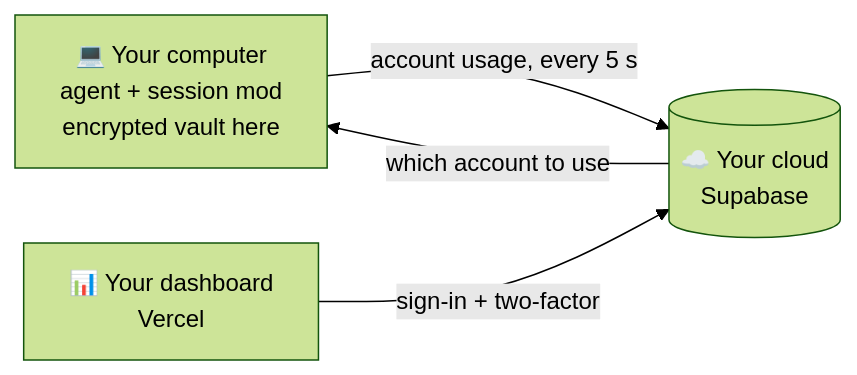
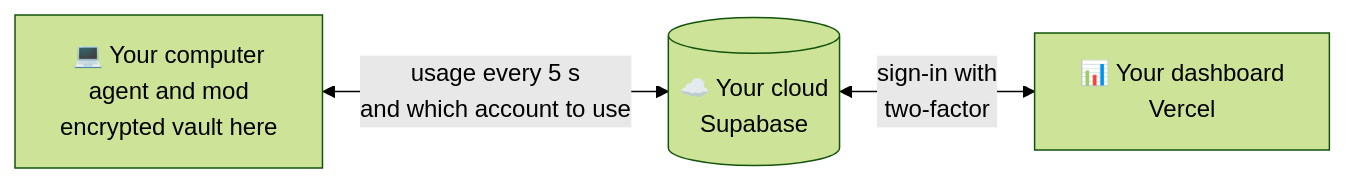
The diagram in README.en.md (andrefrd/reveza), drawn with Mermaid (forest theme) before and after one commit. The commit also changed 1 other file, not shown here.

Commit message:
docs: diagrama do README na ordem computador, nuvem, painel

````diff
--- a/README.en.md
+++ b/README.en.md
@@ -72,6 +72,5 @@
 ```mermaid
 flowchart LR
-  PC["💻 Your computer<br/>agent + session mod<br/>encrypted vault here"] -- "account usage, every 5 s" --> CLOUD[("☁️ Your cloud<br/>Supabase")]
-  CLOUD -- "which account to use" --> PC
-  DASH["📊 Your dashboard<br/>Vercel"] -- "sign-in + two-factor" --> CLOUD
+  PC["💻 Your computer<br/>agent and mod<br/>encrypted vault here"] <-- "usage every 5 s<br/>and which account to use" --> CLOUD[("☁️ Your cloud<br/>Supabase")]
+  CLOUD <-- "sign-in with<br/>two-factor" --> DASH["📊 Your dashboard<br/>Vercel"]
 ```
````
